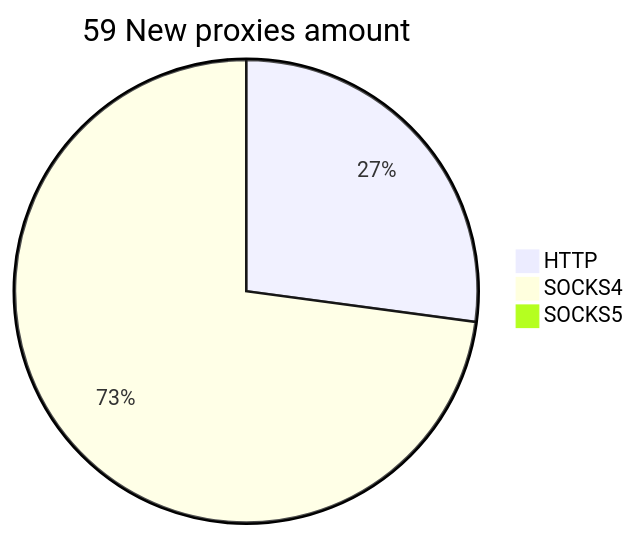
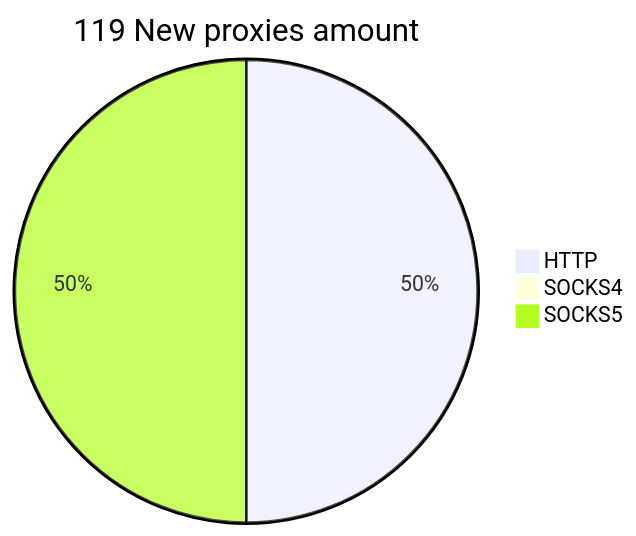
The second of 2 diagrams in README.md (cutipu/proxylist), drawn with Mermaid before and after one commit. The commit also changed other lines of this file, not shown here.

````diff
--- a/README.md
+++ b/README.md
@@ -10,6 +10,6 @@
 ```mermaid
-pie title 59 New proxies amount
-    "HTTP" : 16
-    "SOCKS4" : 43
-    "SOCKS5" : 0
+pie title 119 New proxies amount
+    "HTTP" : 66
+    "SOCKS4" : 0
+    "SOCKS5" : 66
 ```
````
